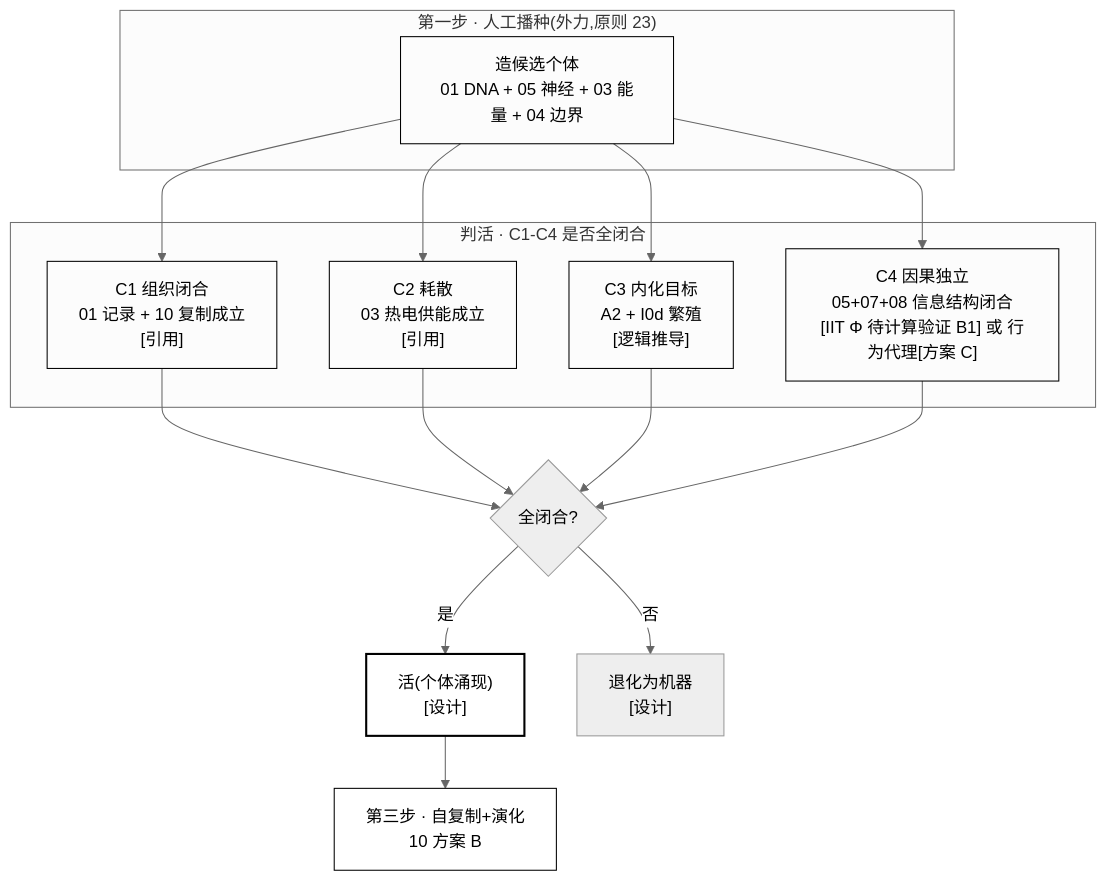
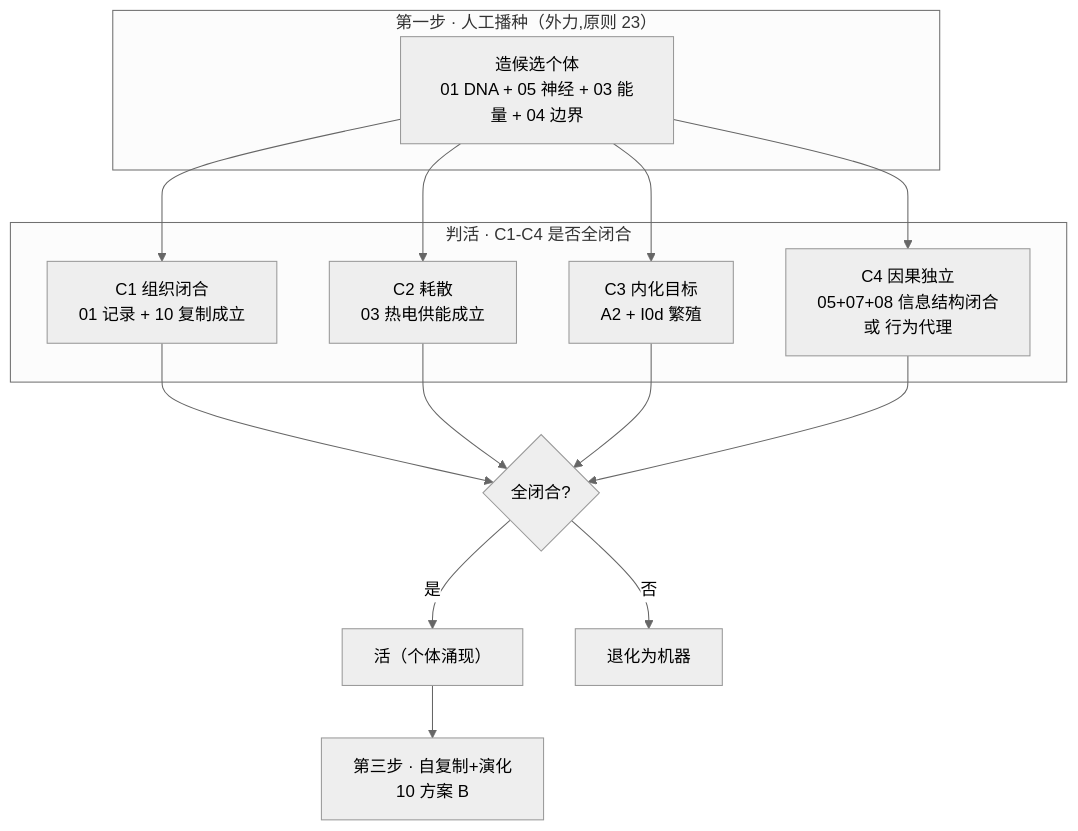
Before and after one commit to RichardASimon/Silicon-Biological-Blueprint: the first of 3 diagrams in zh-CN/04_边界个体性_设计.md, drawn with Mermaid (neutral theme). The commit also changed other lines of this file and 23 other files, not shown here.

First line of the commit message:
docs: repair all mermaid diagrams and add emergence mechanisms with literature

````diff
--- a/zh-CN/04_边界个体性_设计.md
+++ b/zh-CN/04_边界个体性_设计.md
@@ -150,29 +150,20 @@
 ```mermaid
 flowchart TB
-    subgraph SEED["第一步 · 人工播种(外力,原则 23)"]
+    subgraph SEED["第一步 · 人工播种（外力,原则 23）"]
         SD["造候选个体<br/>01 DNA + 05 神经 + 03 能量 + 04 边界<br/>"]
     end
-
     subgraph CHECK["判活 · C1-C4 是否全闭合"]
-        C1["C1 组织闭合<br/>01 记录 + 10 复制成立<br/>[引用]"]
-        C2["C2 耗散<br/>03 热电供能成立<br/>[引用]"]
-        C3["C3 内化目标<br/>A2 + I0d 繁殖<br/>[逻辑推导]"]
-        C4["C4 因果独立<br/>05+07+08 信息结构闭合<br/>[IIT Φ 待计算验证 B1] 或 行为代理[方案 C]"]
+        C1["C1 组织闭合<br/>01 记录 + 10 复制成立<br/>"]
+        C2["C2 耗散<br/>03 热电供能成立<br/>"]
+        C3["C3 内化目标<br/>A2 + I0d 繁殖<br/>"]
+        C4["C4 因果独立<br/>05+07+08 信息结构闭合<br/>或 行为代理"]
     end
-
     SD --> C1
     SD --> C2
     SD --> C3
     SD --> C4
-
     C1 & C2 & C3 & C4 --> V{"全闭合?"}
-    V -->|是| LIVE["活(个体涌现)<br/>[设计]"]
-    V -->|否| MACH["退化为机器<br/>[设计]"]
-
+    V -->|是| LIVE["活（个体涌现）<br/>"]
+    V -->|否| MACH["退化为机器<br/>"]
     LIVE --> REPRO["第三步 · 自复制+演化<br/>10 方案 B<br/>"]
-
-    classDef box fill:transparent,stroke:currentColor,color:currentColor
-    classDef ok fill:transparent,stroke:currentColor,stroke-width:2px,color:currentColor
-    class SD,C1,C2,C3,C4,REPRO box
-    class LIVE ok
 ```
````
